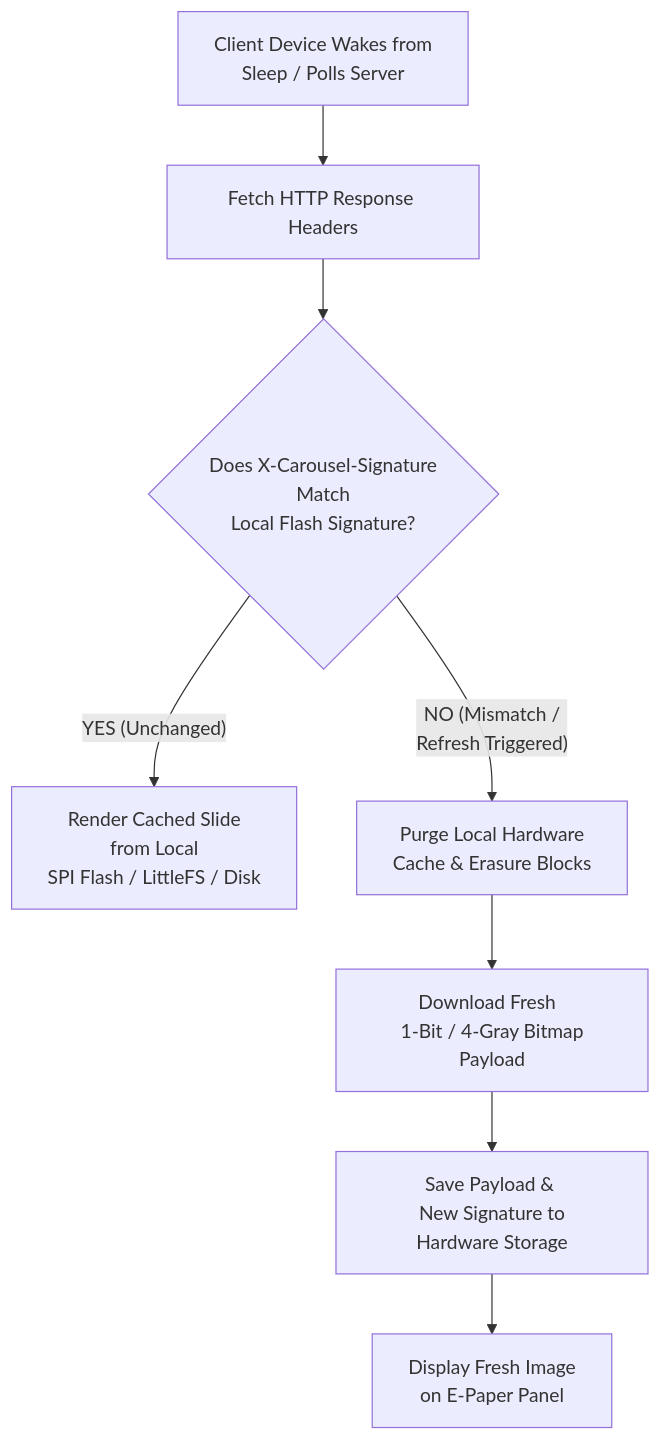
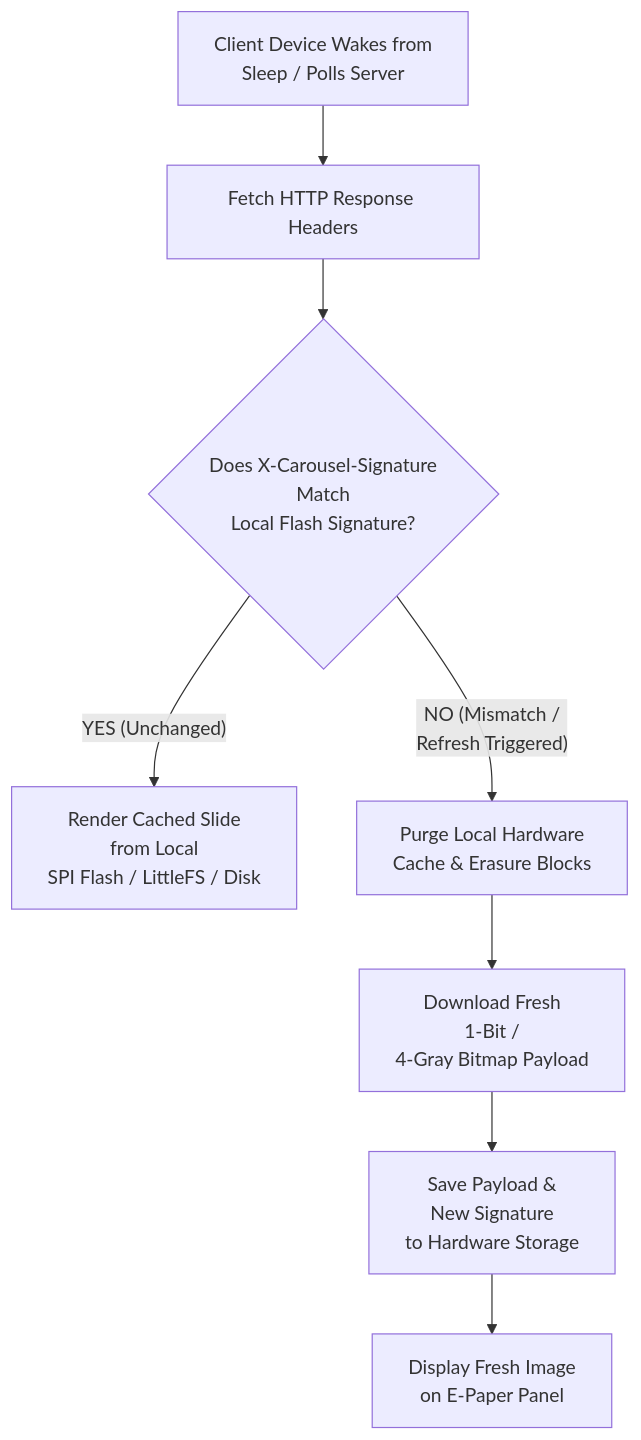
The third of 3 diagrams in README.md (DerrickJEvans/inkflow-eink), drawn with Mermaid before and after one commit.

Commit message:
Fix formatting in flowchart for cache purging process

````diff
--- a/README.md
+++ b/README.md
@@ -595,10 +595,10 @@
 ```mermaid
 flowchart TD
     A["Client Device Wakes from <br/> Sleep / Polls Server"] --> B["Fetch HTTP Response Headers"]
     B --> C{"Does X-Carousel-Signature <br/> Match <br/> Local Flash Signature?"}
     C -- "YES (Unchanged)" --> D["Render Cached Slide <br/> from Local <br/> SPI Flash / LittleFS / Disk"]
     C -- "NO (Mismatch / <br/> Refresh Triggered)" --> F["Purge Local Hardware <br/> Cache & Erasure Blocks"]
-    F --> G["Download Fresh  <br/> 1-Bit / 4-Gray Bitmap Payload"]
-    G --> H["Save Payload & <br/> New Signature to Hardware Storage"]
+    F --> G["Download Fresh  <br/> 1-Bit / <br/> 4-Gray Bitmap Payload"]
+    G --> H["Save Payload & <br/> New Signature <br/> to Hardware Storage"]
     H --> I["Display Fresh Image <br/> on E-Paper Panel"]
 ```
````
